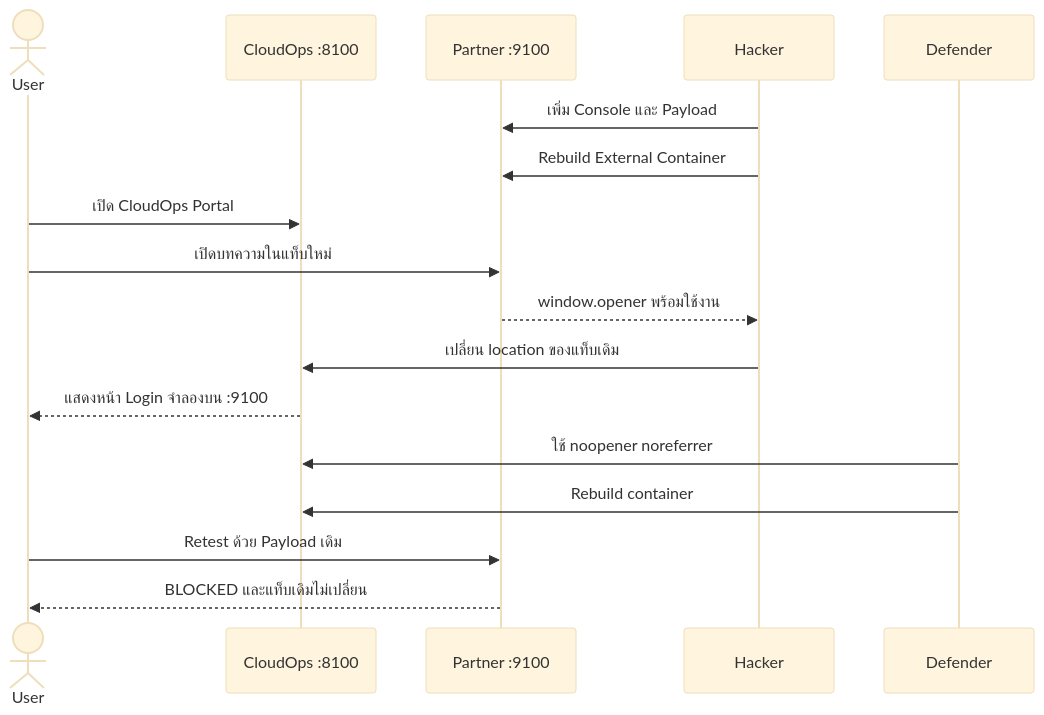
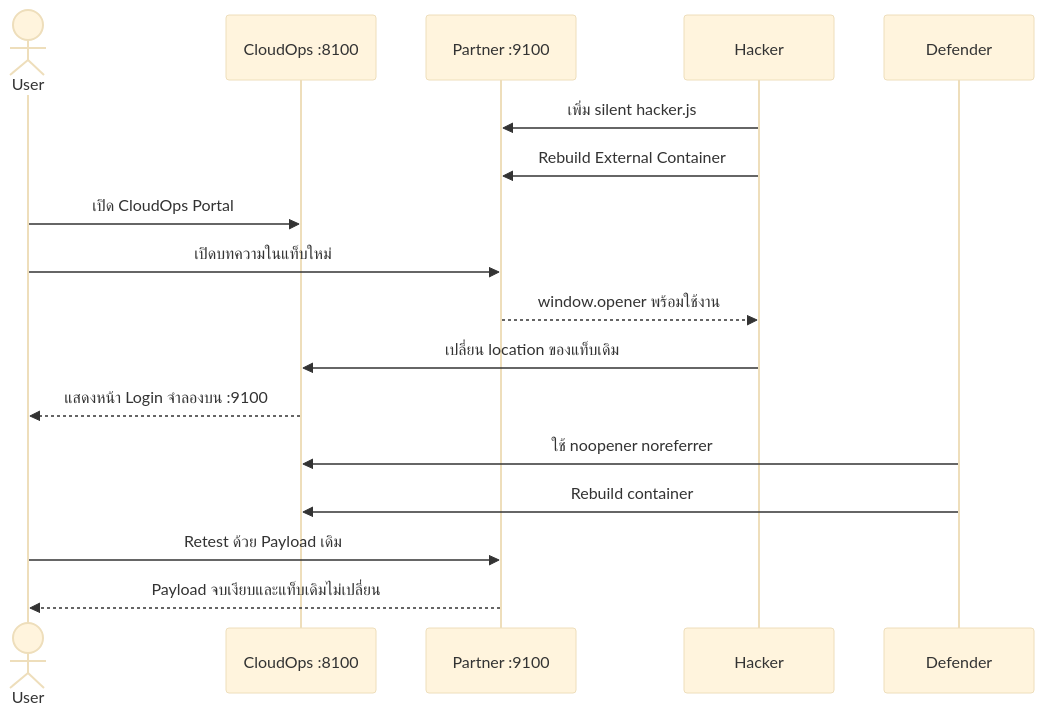
The diagram in 01.1-reverse-tabnabbing-podman/README.md (KOPE-SOLUTION/cybersecurity-attack-understand-defend), drawn with Mermaid (base theme) before and after one commit. The commit also changed other lines of this file and 3 other files, not shown here.

Commit message:
refactor(ep01.1): replace visible hacker console with silent payload

````diff
--- a/01.1-reverse-tabnabbing-podman/README.md
+++ b/01.1-reverse-tabnabbing-podman/README.md
@@ -25,20 +25,20 @@
 ```mermaid
 sequenceDiagram
     actor User
     participant Trusted as CloudOps :8100
     participant External as Partner :9100
     participant Hacker
     participant Defender
 
-    Hacker->>External: เพิ่ม Console และ Payload
+    Hacker->>External: เพิ่ม silent hacker.js
     Hacker->>External: Rebuild External Container
     User->>Trusted: เปิด CloudOps Portal
     User->>External: เปิดบทความในแท็บใหม่
     External-->>Hacker: window.opener พร้อมใช้งาน
     Hacker->>Trusted: เปลี่ยน location ของแท็บเดิม
     Trusted-->>User: แสดงหน้า Login จำลองบน :9100
     Defender->>Trusted: ใช้ noopener noreferrer
     Defender->>Trusted: Rebuild container
     User->>External: Retest ด้วย Payload เดิม
-    External-->>User: BLOCKED และแท็บเดิมไม่เปลี่ยน
+    External-->>User: Payload จบเงียบและแท็บเดิมไม่เปลี่ยน
 ```
````
